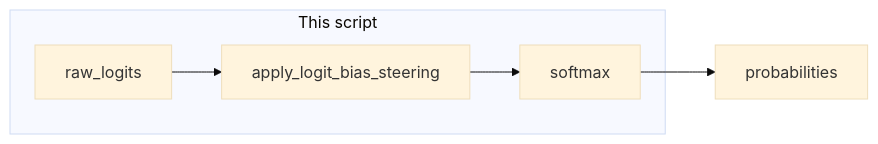
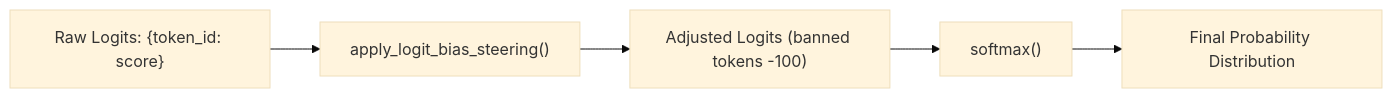
Before and after one commit to jacobbweber/AgenticAI-Labs: the diagram in education/06_the_reliability/lab3_logit_steering.md, drawn with Mermaid (base theme). The commit also changed other lines of this file and 123 other files, not shown here.

````diff
--- a/education/06_the_reliability/lab3_logit_steering.md
+++ b/education/06_the_reliability/lab3_logit_steering.md
@@ -14,11 +16,7 @@
 ```mermaid
 flowchart LR
-    subgraph steer_lab3_script [This script]
-        R["raw_logits"]
-        B["apply_logit_bias_steering"]
-        S["softmax"]
-    end
-    R --> B
-    B --> S
-    S --> P["probabilities"]
+    A["Raw Logits: {token_id: score}"] --> B["apply_logit_bias_steering()"]
+    B --> C["Adjusted Logits (banned tokens -100)"]
+    C --> D["softmax()"]
+    D --> E["Final Probability Distribution"]
 ```
````
